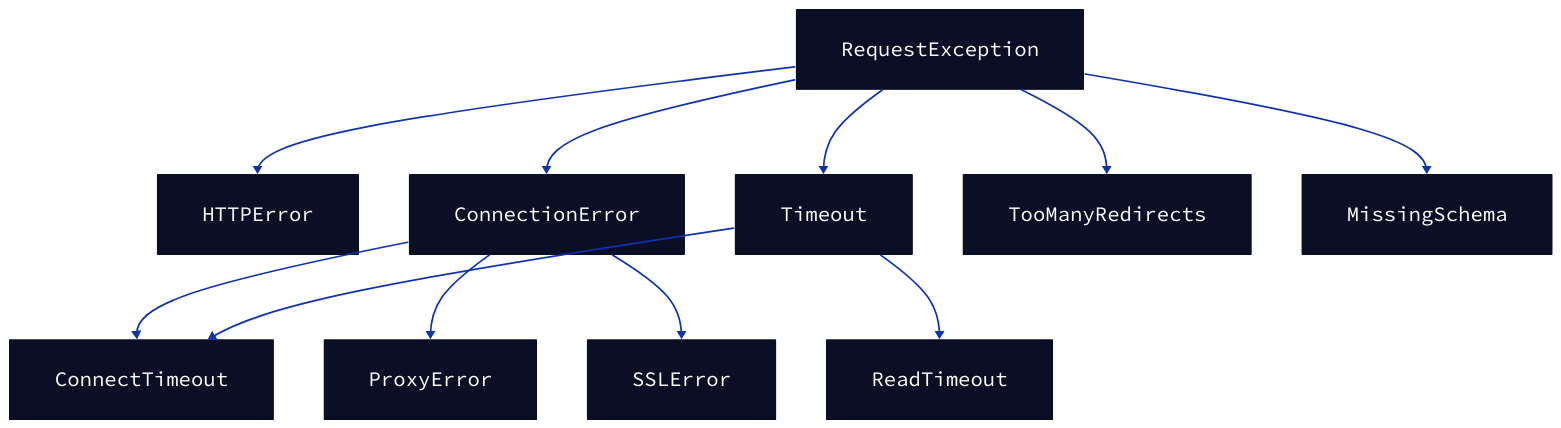
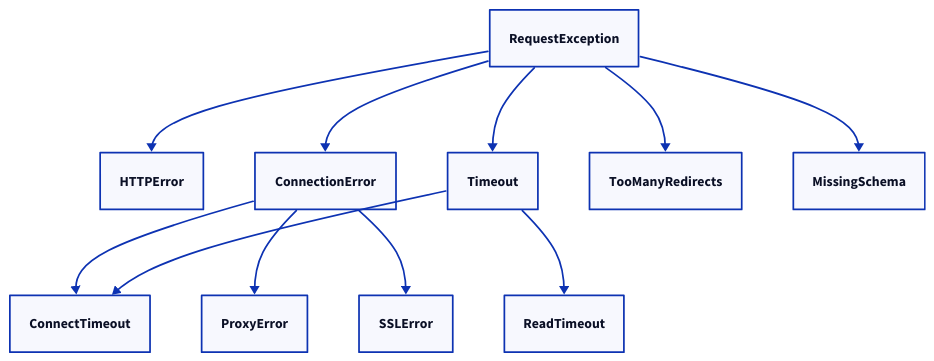
The diagram in .aigne/doc-smith/docs/user-guide-error-handling.md (lban2049/requests), drawn with D2 before and after one commit. The commit also changed other lines of this file and 29 other files, not shown here.

````diff
--- a/.aigne/doc-smith/docs/user-guide-error-handling.md
+++ b/.aigne/doc-smith/docs/user-guide-error-handling.md
@@ -108,30 +128,58 @@
 ```d2
 direction: down
 
 RequestException: {
-  shape: class
+  label: "RequestException"
+  shape: rectangle
 }
 
-HTTPError: { shape: class }
-ConnectionError: { shape: class }
-Timeout: { shape: class }
-TooManyRedirects: { shape: class }
-MissingSchema: { shape: class }
+HTTPError: { 
+  label: "HTTPError"
+  shape: rectangle 
+}
+ConnectionError: { 
+  label: "ConnectionError"
+  shape: rectangle 
+}
+Timeout: { 
+  label: "Timeout"
+  shape: rectangle 
+}
+TooManyRedirects: { 
+  label: "TooManyRedirects"
+  shape: rectangle 
+}
+MissingSchema: { 
+  label: "MissingSchema"
+  shape: rectangle 
+}
 
 RequestException -> HTTPError
 RequestException -> ConnectionError
 RequestException -> Timeout
 RequestException -> TooManyRedirects
 RequestException -> MissingSchema
 
-ConnectTimeout: { shape: class }
-ReadTimeout: { shape: class }
-ProxyError: { shape: class }
-SSLError: { shape: class }
+ConnectTimeout: { 
+  label: "ConnectTimeout"
+  shape: rectangle 
+}
+ReadTimeout: { 
+  label: "ReadTimeout"
+  shape: rectangle 
+}
+ProxyError: { 
+  label: "ProxyError"
+  shape: rectangle 
+}
+SSLError: { 
+  label: "SSLError"
+  shape: rectangle 
+}
 
 ConnectionError -> ConnectTimeout
 ConnectionError -> ProxyError
 ConnectionError -> SSLError
 Timeout -> ConnectTimeout
 Timeout -> ReadTimeout
 ```
````
